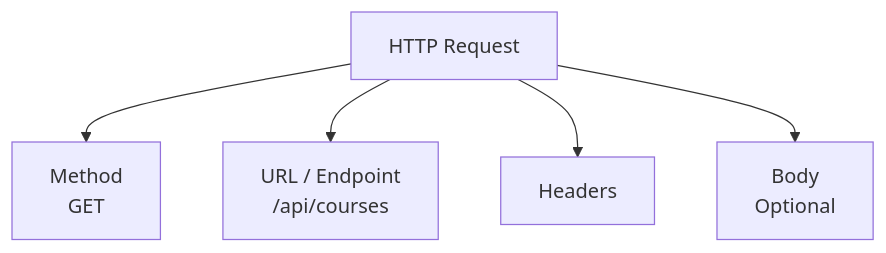
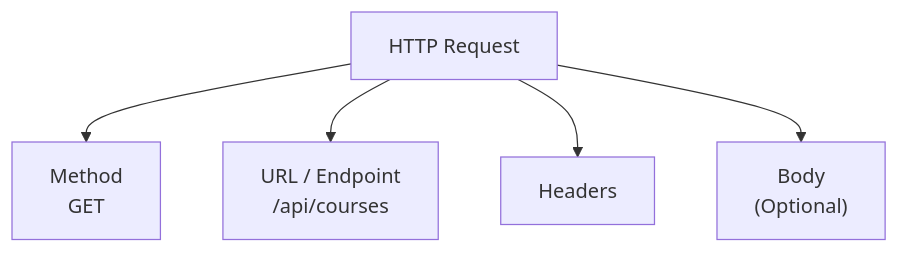
Before and after one commit to reltronersk/skill-wanderer-progress-documentation: the first of 5 diagrams in module-0-1/README.md, drawn with Mermaid.

````diff
--- a/module-0-1/README.md
+++ b/module-0-1/README.md
@@ -29,8 +29,8 @@
 ```mermaid
 flowchart TB
     A["HTTP Request"]
     A --> B["Method<br/>GET"]
     A --> C["URL / Endpoint<br/>/api/courses"]
     A --> D["Headers"]
-    A --> E["Body<br/>Optional"]
+    A --> E["Body<br/>(Optional)"]
 ```
````
